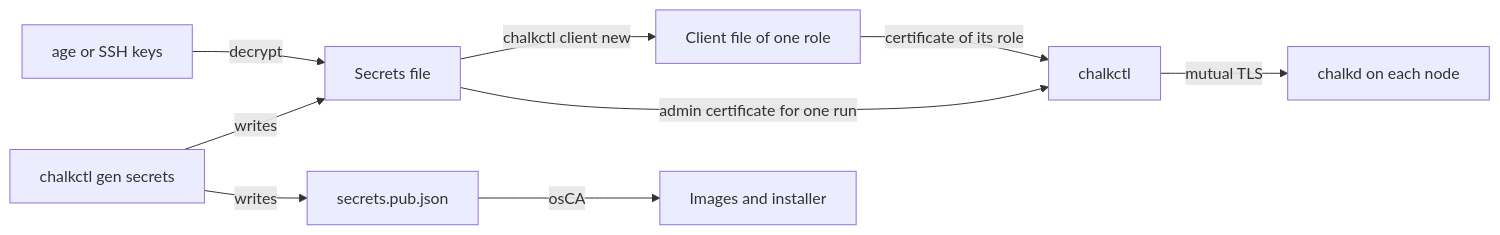
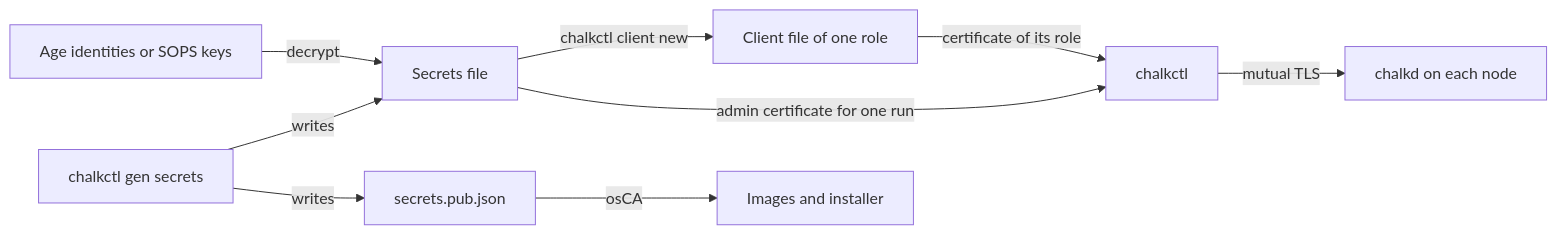
Before and after one commit to trevex/chalkos: the diagram in docs/operate/workstation.md, drawn with Mermaid. The commit also changed other lines of this file and 15 other files, not shown here.

Commit message:
feat(secrets): rotate dedicated SOPS cluster bundles in place

````diff
--- a/docs/operate/workstation.md
+++ b/docs/operate/workstation.md
@@ -330,11 +201,11 @@
 ```mermaid
 flowchart LR
-    keys["age or SSH keys"] -->|decrypt| secrets["Secrets file"]
+    keys["Age identities or SOPS keys"] -->|decrypt| secrets["Secrets file"]
     gen["chalkctl gen secrets"] -->|writes| secrets
     gen -->|writes| pub["secrets.pub.json"]
     pub -->|osCA| images["Images and installer"]
     secrets -->|chalkctl client new| client["Client file of one role"]
     secrets -->|admin certificate for one run| chalkctl["chalkctl"]
     client -->|certificate of its role| chalkctl
     chalkctl -->|mutual TLS| chalkd["chalkd on each node"]
 ```
````
